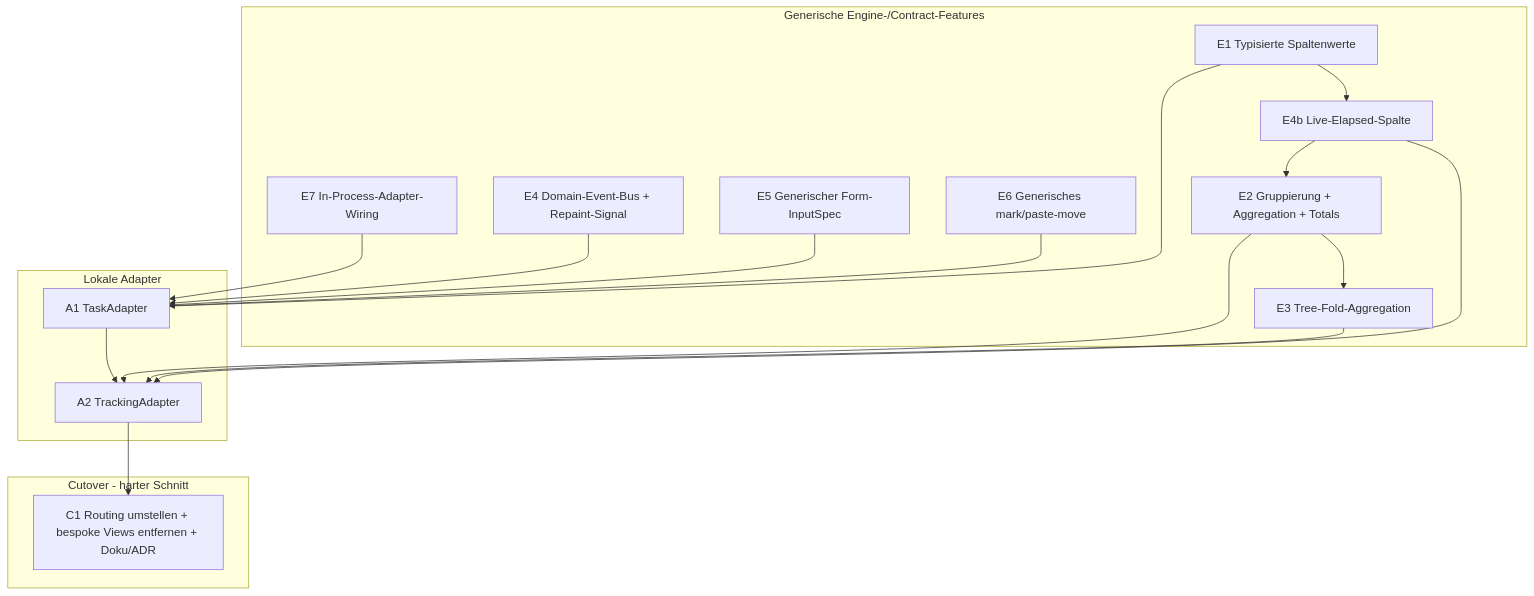
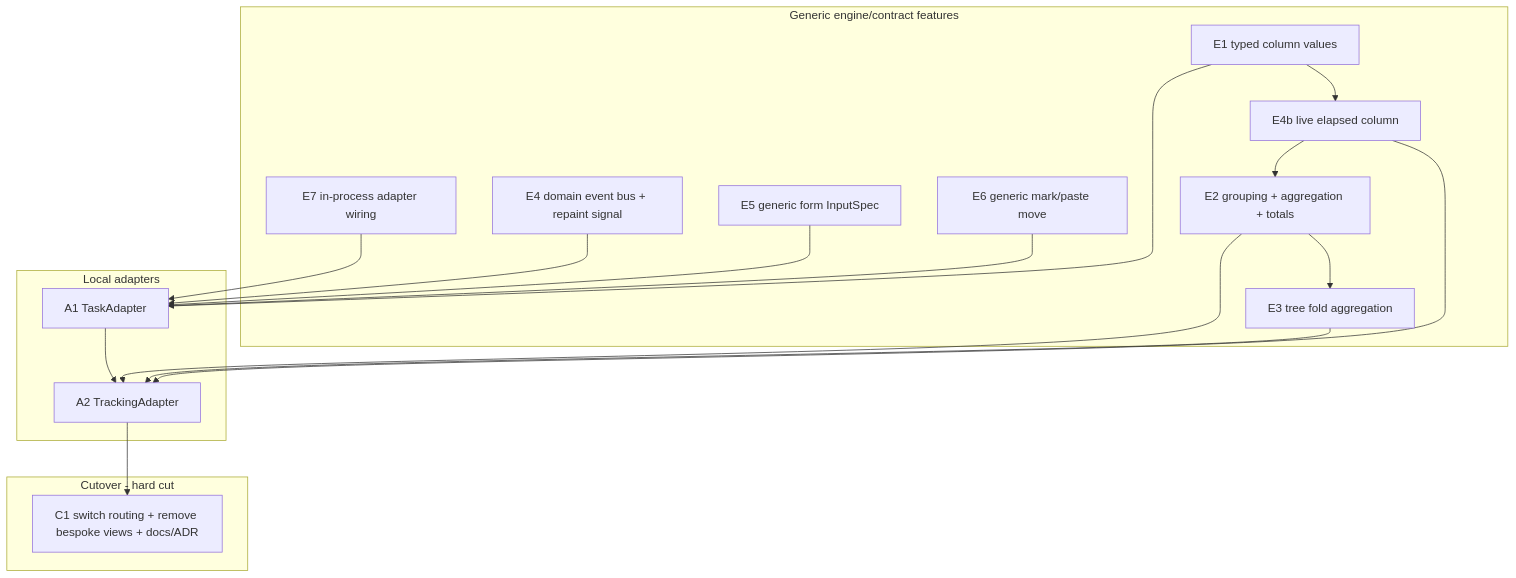
The diagram in docs/plan-adapterize-tasks-trackings.md (bschnitz/not-yet-done), drawn with Mermaid before and after one commit. The commit also changed other lines of this file, not shown here.

````diff
--- a/docs/plan-adapterize-tasks-trackings.md
+++ b/docs/plan-adapterize-tasks-trackings.md
@@ -38,31 +36,31 @@
 ```mermaid
 flowchart TB
-    subgraph engine[Generische Engine-/Contract-Features]
-        E7[E7 In-Process-Adapter-Wiring]
-        E4[E4 Domain-Event-Bus + Repaint-Signal]
-        E1[E1 Typisierte Spaltenwerte]
-        ELIVE[E4b Live-Elapsed-Spalte]
-        E2[E2 Gruppierung + Aggregation + Totals]
-        E3[E3 Tree-Fold-Aggregation]
-        E5[E5 Generischer Form-InputSpec]
-        E6[E6 Generisches mark/paste-move]
+    subgraph engine[Generic engine/contract features]
+        E7[E7 in-process adapter wiring]
+        E4[E4 domain event bus + repaint signal]
+        E1[E1 typed column values]
+        ELIVE[E4b live elapsed column]
+        E2[E2 grouping + aggregation + totals]
+        E3[E3 tree fold aggregation]
+        E5[E5 generic form InputSpec]
+        E6[E6 generic mark/paste move]
     end
-    subgraph adapters[Lokale Adapter]
+    subgraph adapters[Local adapters]
         A1[A1 TaskAdapter]
         A2[A2 TrackingAdapter]
     end
-    subgraph cut[Cutover - harter Schnitt]
-        C1[C1 Routing umstellen + bespoke Views entfernen + Doku/ADR]
+    subgraph cut[Cutover - hard cut]
+        C1[C1 switch routing + remove bespoke views + docs/ADR]
     end
     E1 --> ELIVE --> E2 --> E3
     E7 --> A1
     E4 --> A1
     E5 --> A1
     E6 --> A1
     E1 --> A1
     A1 --> A2
     E2 --> A2
     E3 --> A2
     ELIVE --> A2
     A2 --> C1
 ```
````
